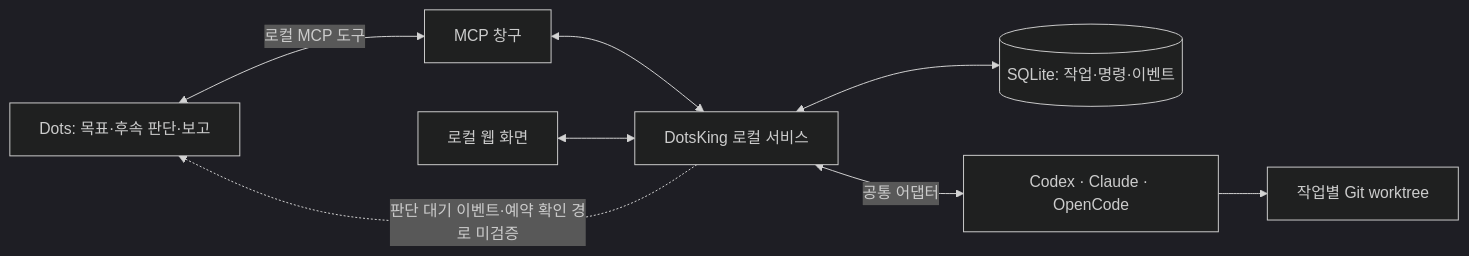
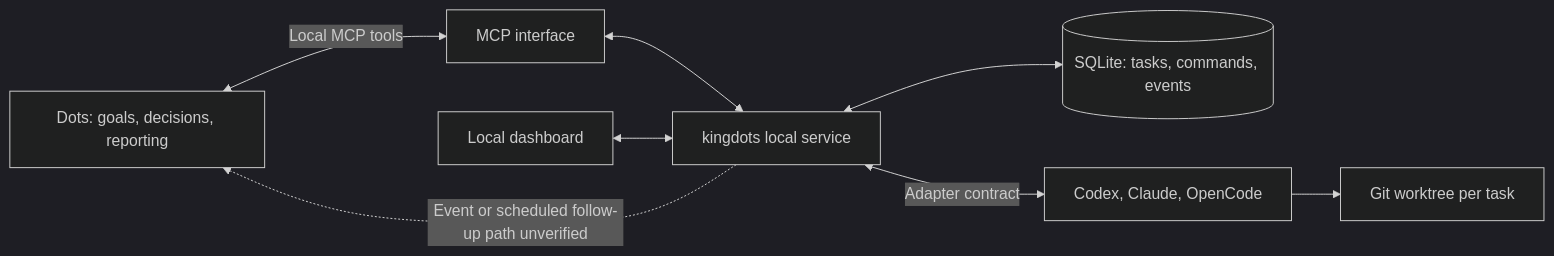
The diagram in README.md (OtterHelm/kingdots), drawn with Mermaid (dark theme) before and after one commit. The commit also changed other lines of this file and 22 other files, not shown here.

````diff
--- a/README.md
+++ b/README.md
@@ -51,10 +53,10 @@
 ```mermaid
 flowchart LR
-    D[Dots: 목표·후속 판단·보고] <-->|로컬 MCP 도구| M[MCP 창구]
-    M <--> S[DotsKing 로컬 서비스]
-    S <--> DB[(SQLite: 작업·명령·이벤트)]
-    S <-->|공통 어댑터| A[Codex · Claude · OpenCode]
-    A --> G[작업별 Git worktree]
-    W[로컬 웹 화면] <--> S
-    S -. 판단 대기 이벤트·예약 확인 경로 미검증 .-> D
+    D[Dots: goals, decisions, reporting] <-->|Local MCP tools| M[MCP interface]
+    M <--> S[kingdots local service]
+    S <--> DB[(SQLite: tasks, commands, events)]
+    S <-->|Adapter contract| A[Codex, Claude, OpenCode]
+    A --> G[Git worktree per task]
+    W[Local dashboard] <--> S
+    S -. Event or scheduled follow-up path unverified .-> D
 ```
````
